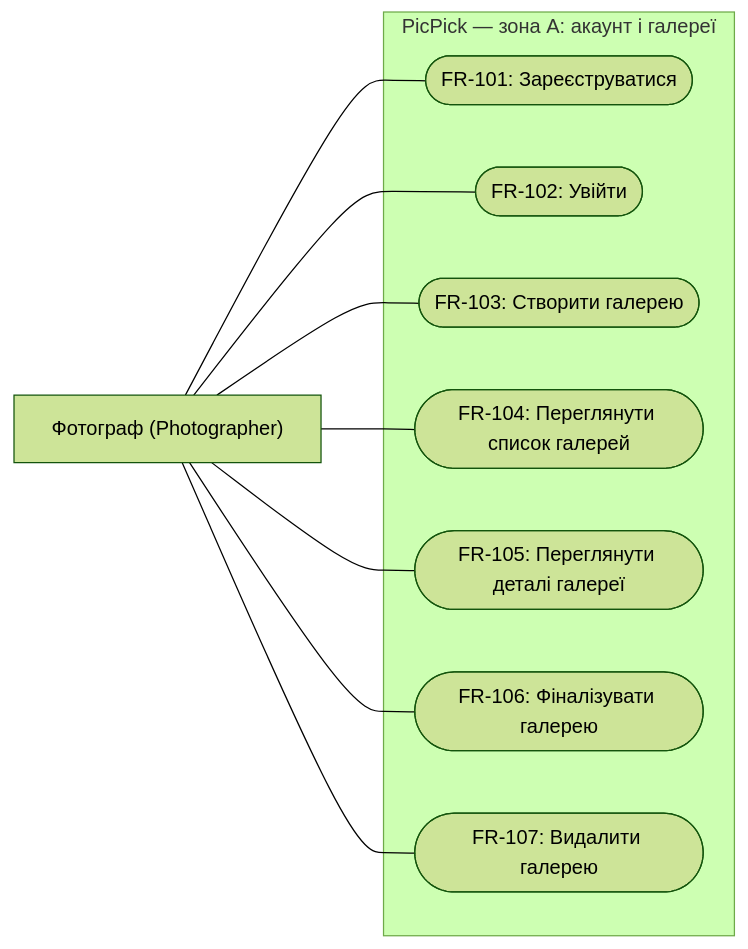
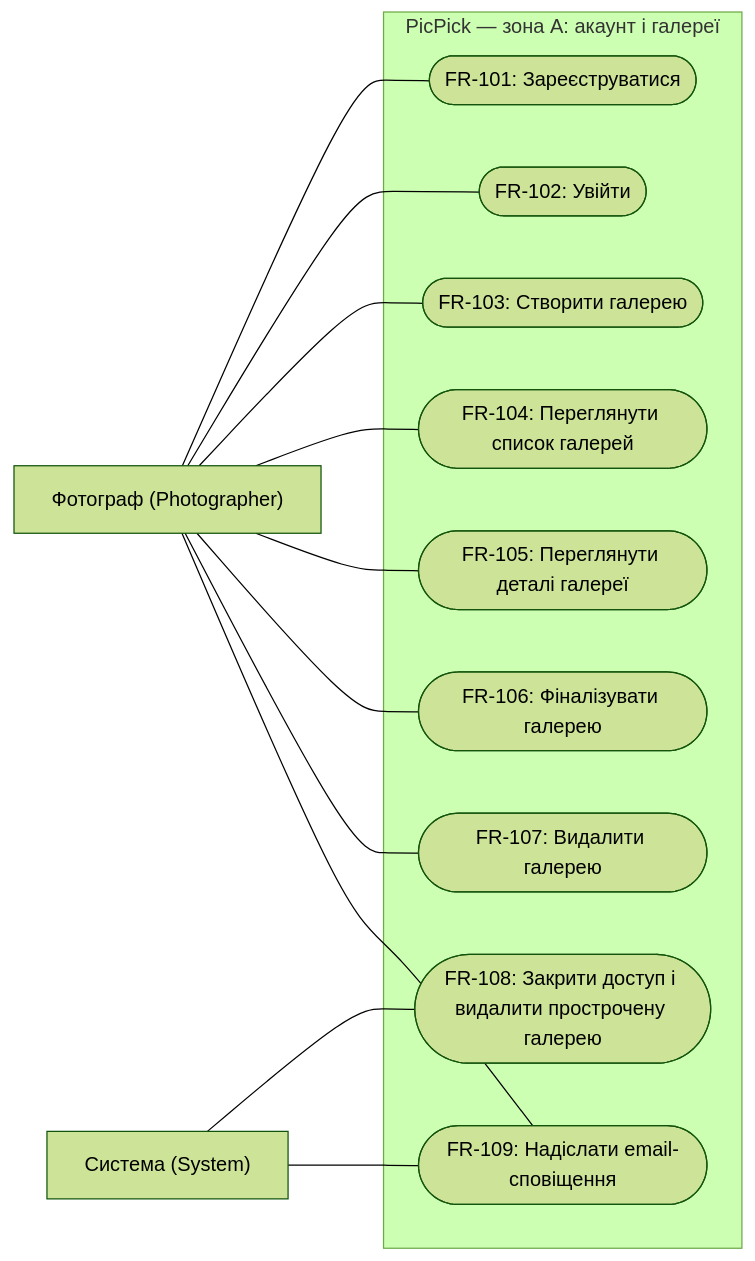
Before and after one commit to alonasaienko/picpick: the diagram in docs/03-srs/zone-a-accounts.md, drawn with Mermaid (forest theme). The commit also changed other lines of this file, not shown here.

````diff
--- a/docs/03-srs/zone-a-accounts.md
+++ b/docs/03-srs/zone-a-accounts.md
@@ -149,20 +163,26 @@
 ```mermaid
 flowchart LR
     photographer["Фотограф (Photographer)"]
+    system["Система (System)"]
     subgraph picpick["PicPick — зона A: акаунт і галереї"]
         register(["FR-101: Зареєструватися"])
         login(["FR-102: Увійти"])
         createGallery(["FR-103: Створити галерею"])
         listGalleries(["FR-104: Переглянути список галерей"])
         viewGallery(["FR-105: Переглянути деталі галереї"])
         finalizeGallery(["FR-106: Фіналізувати галерею"])
         deleteGallery(["FR-107: Видалити галерею"])
+        expireGallery(["FR-108: Закрити доступ і видалити прострочену галерею"])
+        notifyPhotographer(["FR-109: Надіслати email-сповіщення"])
     end
     photographer --- register
     photographer --- login
     photographer --- createGallery
     photographer --- listGalleries
     photographer --- viewGallery
     photographer --- finalizeGallery
     photographer --- deleteGallery
+    system --- expireGallery
+    system --- notifyPhotographer
+    photographer --- notifyPhotographer
 ```
````
